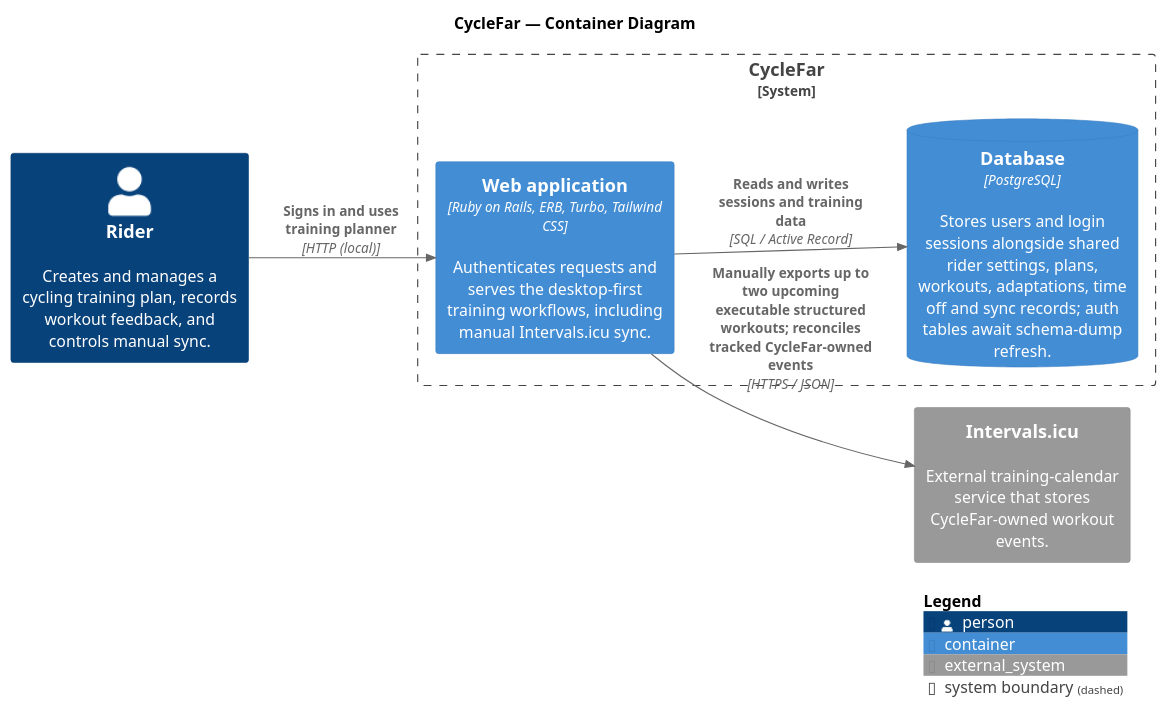
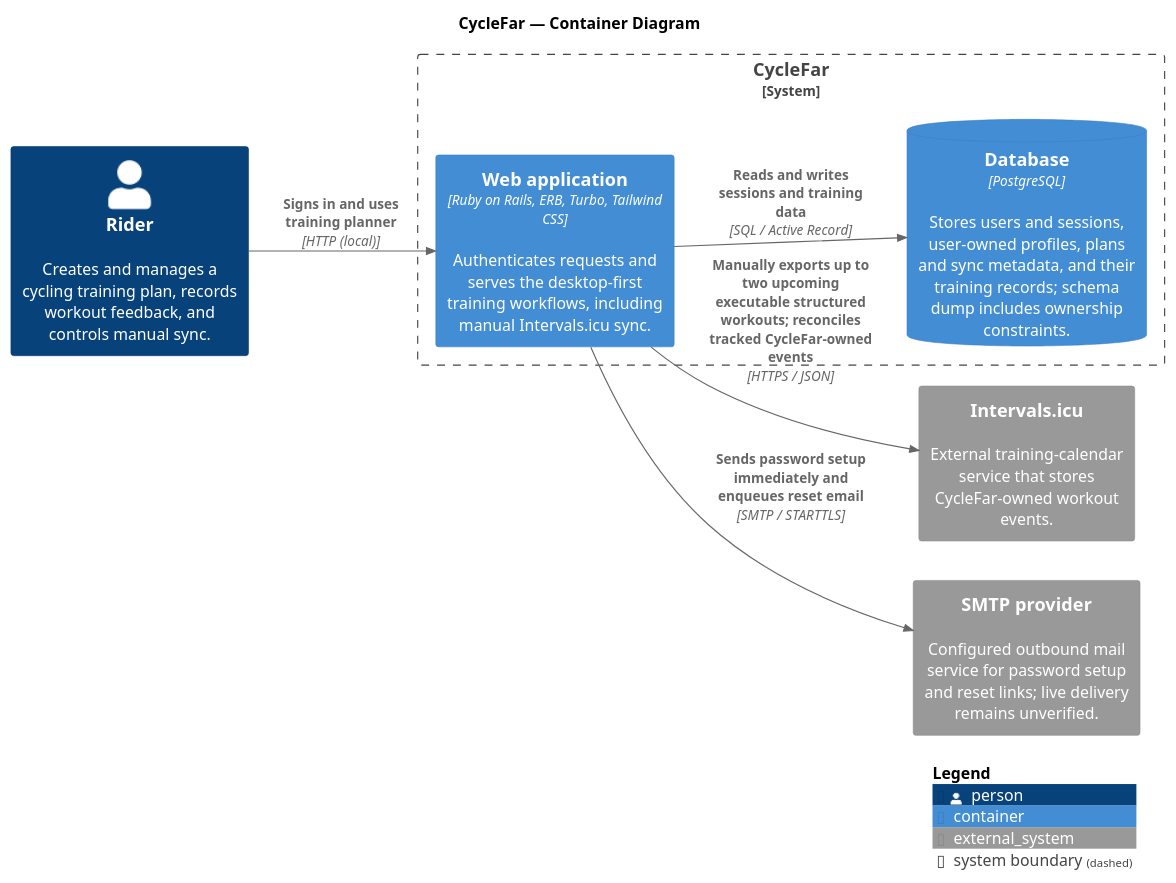
One commit to richardhartme/cyclefar changed the diagram in docs/diagrams/cyclefar-container.puml. Above: the diagram before and after it, drawn with PlantUML. The commit also changed 18 other files, not shown here.

Commit message:
Refresh documentation and architecture diagrams

```diff
--- a/docs/diagrams/cyclefar-container.puml
+++ b/docs/diagrams/cyclefar-container.puml
@@ -1,23 +1,25 @@
 @startuml CycleFar Container Diagram
-' Authentication updated against application source on 2026-09-27; scope and limitations: README.md
+' Ownership and account access checked on 2026-09-28; scope and limitations: README.md
 !include https://raw.githubusercontent.com/plantuml-stdlib/C4-PlantUML/master/C4_Container.puml
 
 title CycleFar — Container Diagram
 
 LAYOUT_LEFT_RIGHT()
 
 Person(rider, "Rider", "Creates and manages a cycling training plan, records workout feedback, and controls manual sync.")
 
 System_Boundary(cyclefar_boundary, "CycleFar") {
   Container(web_application, "Web application", "Ruby on Rails, ERB, Turbo, Tailwind CSS", "Authenticates requests and serves the desktop-first training workflows, including manual Intervals.icu sync.")
-  ContainerDb(database, "Database", "PostgreSQL", "Stores users and login sessions alongside shared rider settings, plans, workouts, adaptations, time off and sync records; auth tables await schema-dump refresh.")
+  ContainerDb(database, "Database", "PostgreSQL", "Stores users and sessions, user-owned profiles, plans and sync metadata, and their training records; schema dump includes ownership constraints.")
 }
 
 System_Ext(intervals_icu, "Intervals.icu", "External training-calendar service that stores CycleFar-owned workout events.")
+System_Ext(smtp, "SMTP provider", "Configured outbound mail service for password setup and reset links; live delivery remains unverified.")
 
 Rel(rider, web_application, "Signs in and uses training planner", "HTTP (local)")
 Rel(web_application, database, "Reads and writes sessions and training data", "SQL / Active Record")
 Rel(web_application, intervals_icu, "Manually exports up to two upcoming executable structured workouts; reconciles tracked CycleFar-owned events", "HTTPS / JSON")
+Rel(web_application, smtp, "Sends password setup immediately and enqueues reset email", "SMTP / STARTTLS")
 
 SHOW_LEGEND()
 @enduml
```
